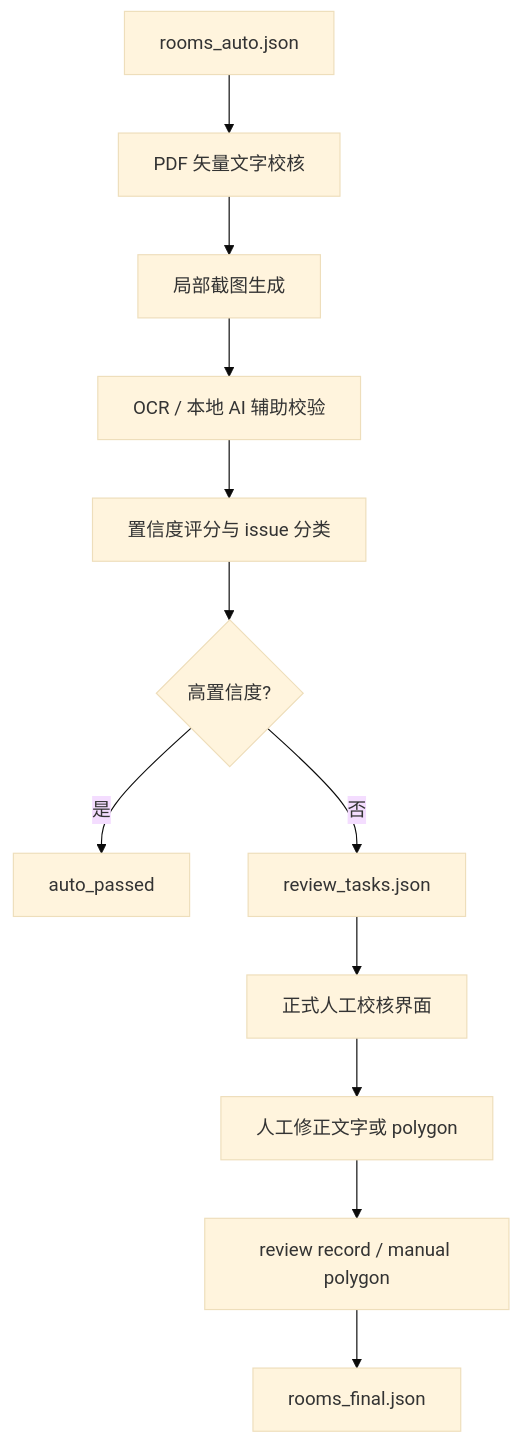
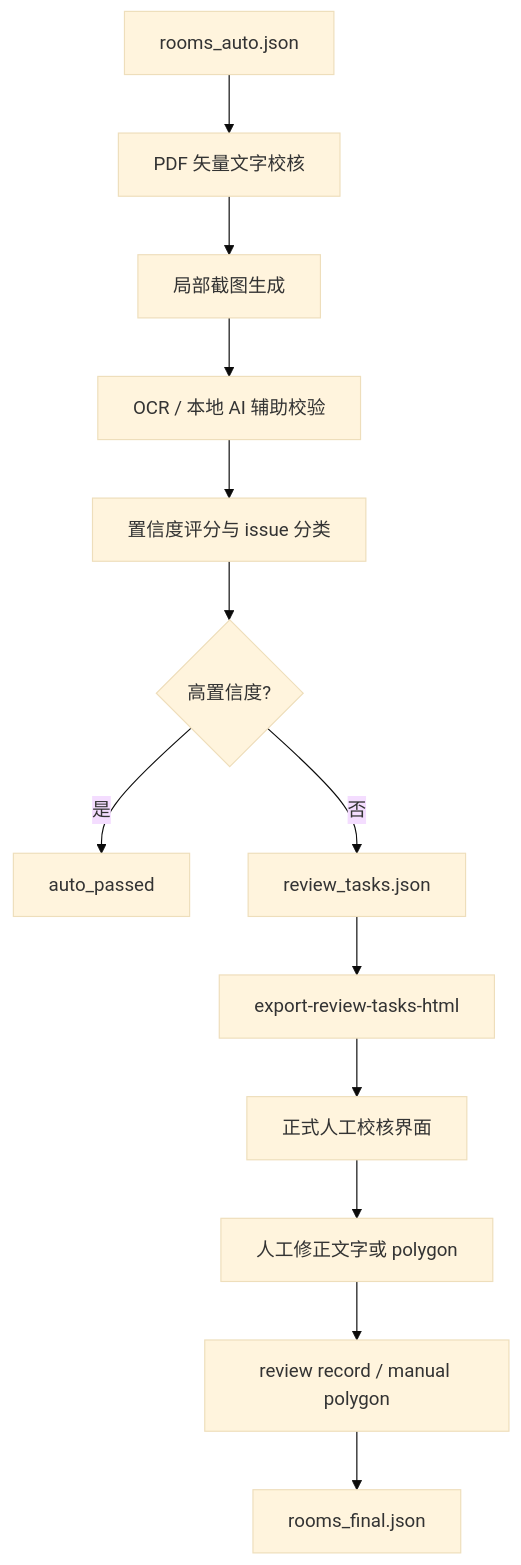
One commit to jackylx2008/RoomParser changed the second of 2 diagrams in docs/project_progress.md. Above: the diagram before and after it, drawn with Mermaid (base theme). The commit also changed other lines of this file and 22 other files, not shown here.

Commit message:
Add axis JSON review workflow

````diff
--- a/docs/project_progress.md
+++ b/docs/project_progress.md
@@ -81,14 +85,15 @@
 ```mermaid
 flowchart TD
     A[rooms_auto.json] --> B[PDF 矢量文字校核]
     B --> C[局部截图生成]
     C --> D[OCR / 本地 AI 辅助校验]
     D --> E[置信度评分与 issue 分类]
     E --> F{高置信度?}
     F -- 是 --> G[auto_passed]
     F -- 否 --> H[review_tasks.json]
-    H --> I[正式人工校核界面]
-    I --> J[人工修正文字或 polygon]
-    J --> K[review record / manual polygon]
-    K --> L[rooms_final.json]
+    H --> I[export-review-tasks-html]
+    I --> J[正式人工校核界面]
+    J --> K[人工修正文字或 polygon]
+    K --> L[review record / manual polygon]
+    L --> M[rooms_final.json]
 ```
````
